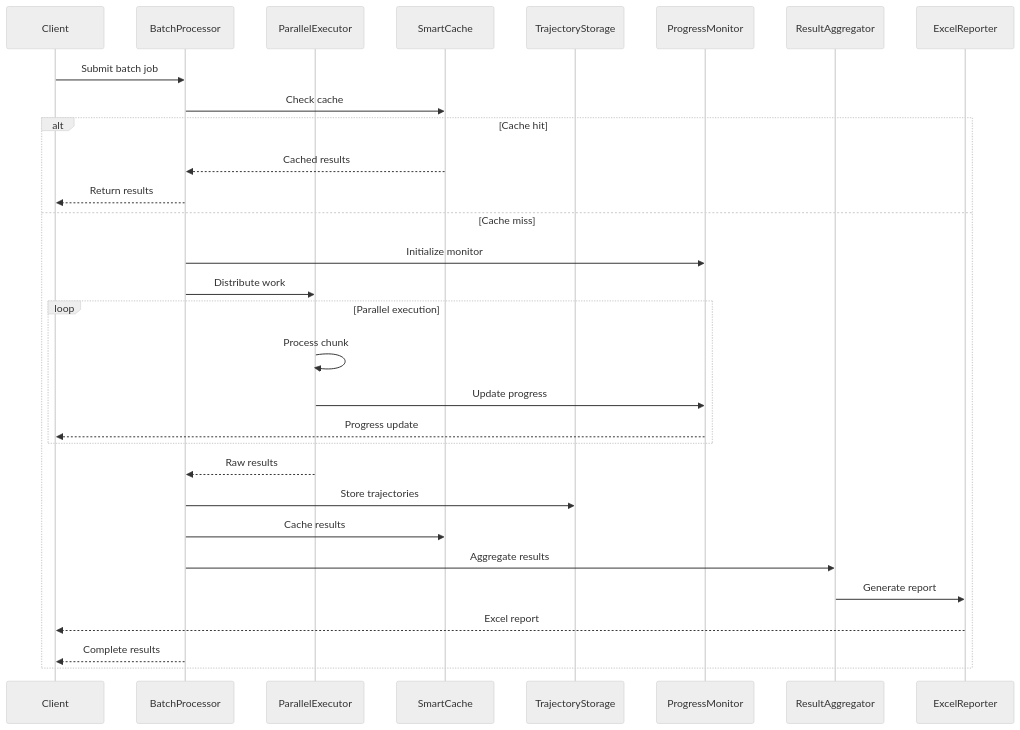
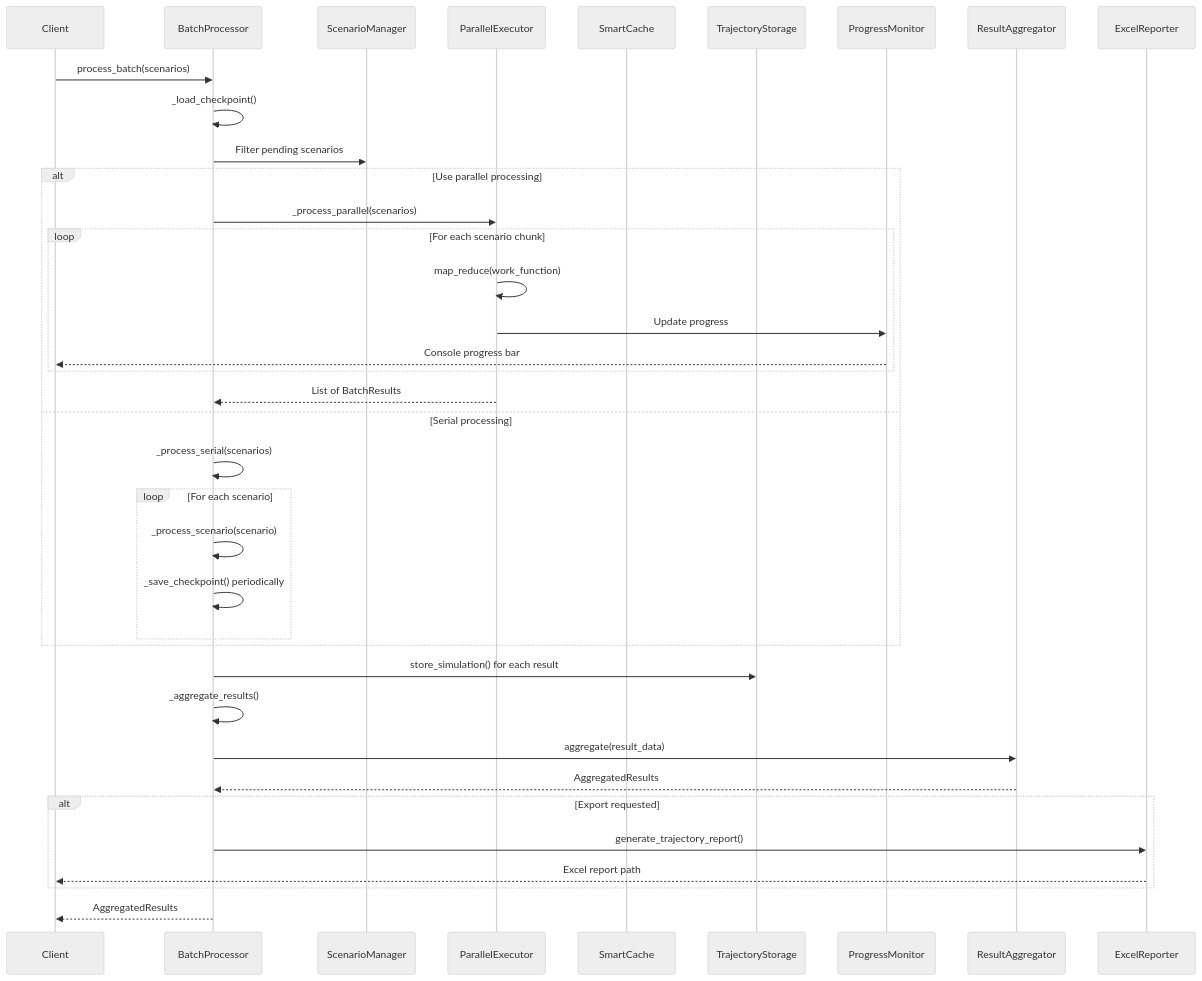
Before and after one commit to AlexFiliakov/Ergodic-Insurance-Limits: the ninth of 9 diagrams in ergodic_insurance/docs/architecture/class_diagrams/service_layer.md, drawn with Mermaid (neutral theme). The commit also changed other lines of this file and 14 other files, not shown here.

First line of the commit message:
docs: Update and expand Mermaid architecture diagrams (#185) (#341)

````diff
--- a/ergodic_insurance/docs/architecture/class_diagrams/service_layer.md
+++ b/ergodic_insurance/docs/architecture/class_diagrams/service_layer.md
@@ -229,35 +448,44 @@
 ```{mermaid}
 sequenceDiagram
     participant Client
     participant BP as BatchProcessor
+    participant SM as ScenarioManager
     participant PE as ParallelExecutor
     participant SC as SmartCache
     participant TS as TrajectoryStorage
     participant PM as ProgressMonitor
     participant RA as ResultAggregator
     participant ER as ExcelReporter
 
-    Client->>BP: Submit batch job
-    BP->>SC: Check cache
-    alt Cache hit
-        SC-->>BP: Cached results
-        BP-->>Client: Return results
-    else Cache miss
-        BP->>PM: Initialize monitor
-        BP->>PE: Distribute work
+    Client->>BP: process_batch(scenarios)
+    BP->>BP: _load_checkpoint()
+    BP->>SM: Filter pending scenarios
 
-        loop Parallel execution
-            PE->>PE: Process chunk
+    alt Use parallel processing
+        BP->>PE: _process_parallel(scenarios)
+        loop For each scenario chunk
+            PE->>PE: map_reduce(work_function)
             PE->>PM: Update progress
-            PM-->>Client: Progress update
+            PM-->>Client: Console progress bar
         end
+        PE-->>BP: List of BatchResults
+    else Serial processing
+        BP->>BP: _process_serial(scenarios)
+        loop For each scenario
+            BP->>BP: _process_scenario(scenario)
+            BP->>BP: _save_checkpoint() periodically
+        end
+    end
 
-        PE-->>BP: Raw results
-        BP->>TS: Store trajectories
-        BP->>SC: Cache results
-        BP->>RA: Aggregate results
-        RA->>ER: Generate report
-        ER-->>Client: Excel report
-        BP-->>Client: Complete results
+    BP->>TS: store_simulation() for each result
+    BP->>BP: _aggregate_results()
+    BP->>RA: aggregate(result_data)
+    RA-->>BP: AggregatedResults
+
+    alt Export requested
+        BP->>ER: generate_trajectory_report()
+        ER-->>Client: Excel report path
     end
+
+    BP-->>Client: AggregatedResults
 ```
````
